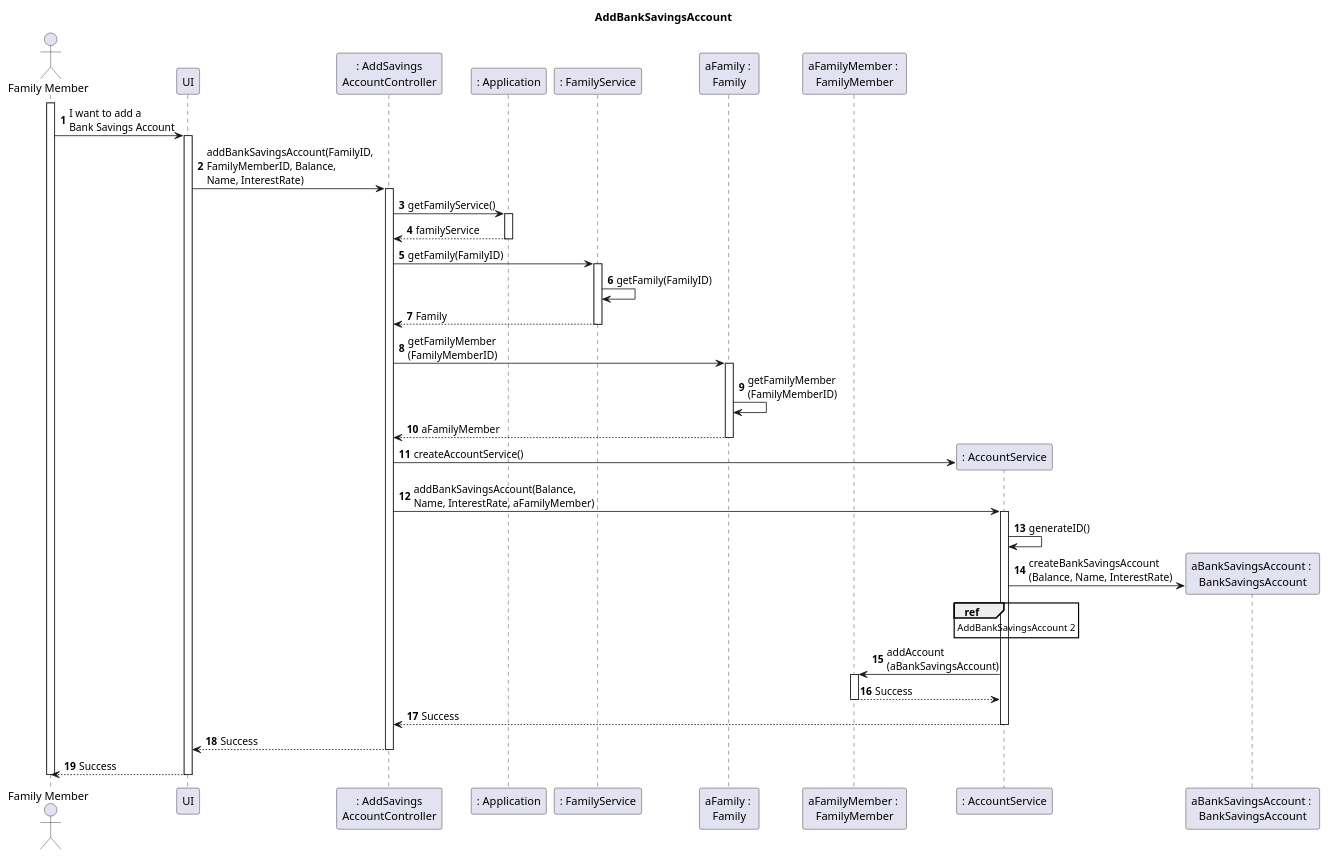
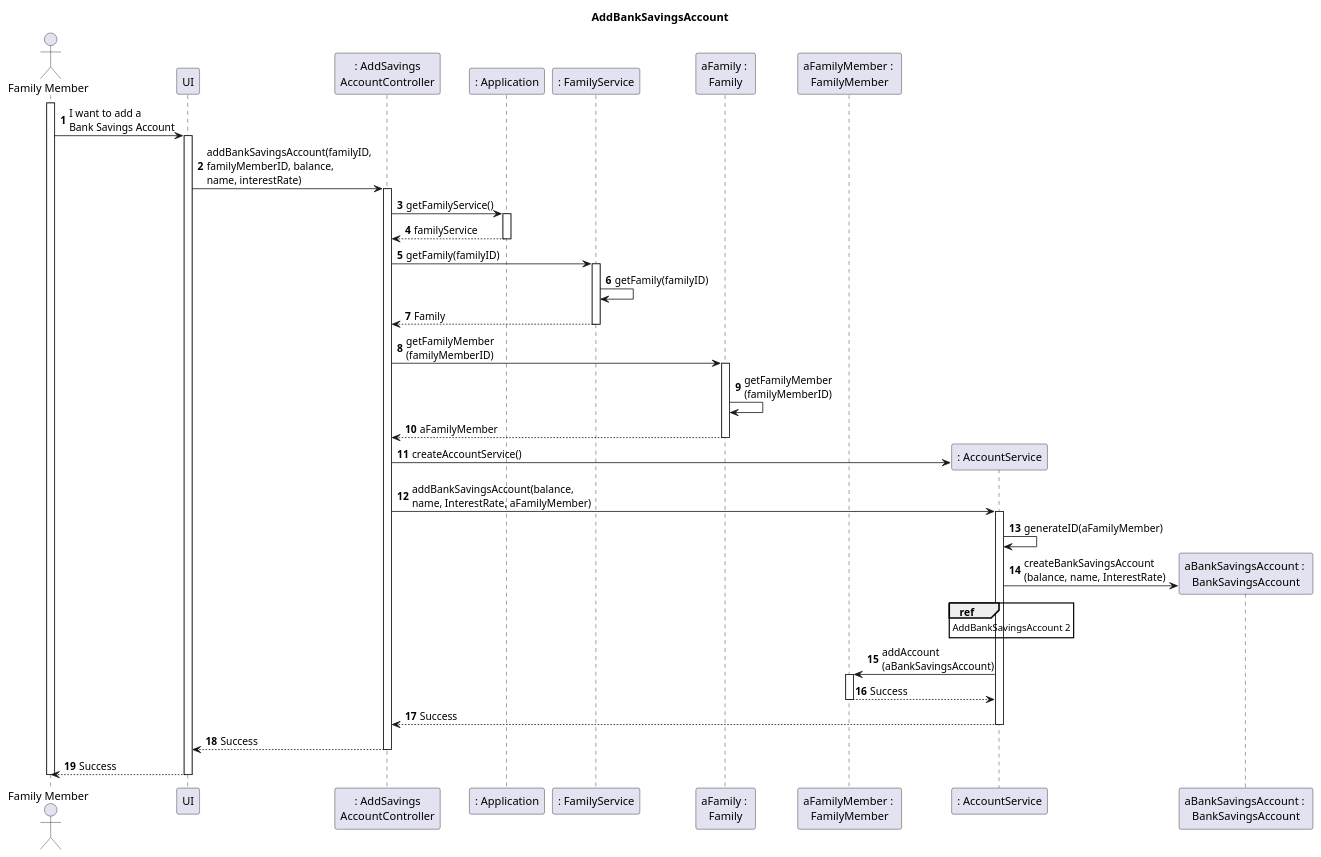
Before and after one commit to tomas-osswald/switch_2020_g3: the second of 4 diagrams in docs/sprint2/user_stories/US172_AddBankSavingsAccount.md, drawn with PlantUML. The commit also changed other lines of this file, not shown here.

Commit message:
Changes to Sequence Diagram

`````diff
--- a/docs/sprint2/user_stories/US172_AddBankSavingsAccount.md
+++ b/docs/sprint2/user_stories/US172_AddBankSavingsAccount.md
@@ -98,54 +98,54 @@
 ````puml
 autonumber
 
 
 title AddBankSavingsAccount
 actor "Family Member" as FamilyMember
 participant "UI" as UI
 participant ": AddSavings\nAccountController" as Controller
 participant ": Application" as App
 participant ": FamilyService" as FamilyService
 participant "aFamily : \nFamily" as Family
 participant "aFamilyMember : \nFamilyMember" as aFamilyMember
 participant ": AccountService" as AccountService
 participant "aBankSavingsAccount : \nBankSavingsAccount" as BankAccount
 
 activate FamilyMember
 FamilyMember -> UI: I want to add a \nBank Savings Account
 activate UI
-UI -> Controller : addBankSavingsAccount(FamilyID, \nFamilyMemberID, Balance, \nName, InterestRate)
+UI -> Controller : addBankSavingsAccount(familyID, \nfamilyMemberID, balance, \nname, interestRate)
 activate Controller
 Controller -> App : getFamilyService()
 activate App
 App --> Controller : familyService
 deactivate App
-Controller -> FamilyService : getFamily(FamilyID)
+Controller -> FamilyService : getFamily(familyID)
 activate FamilyService
-FamilyService -> FamilyService : getFamily(FamilyID)
+FamilyService -> FamilyService : getFamily(familyID)
 FamilyService --> Controller : Family
 deactivate FamilyService
-Controller -> Family : getFamilyMember\n(FamilyMemberID)
+Controller -> Family : getFamilyMember\n(familyMemberID)
 Activate Family
-Family -> Family : getFamilyMember\n(FamilyMemberID)
+Family -> Family : getFamilyMember\n(familyMemberID)
 Family --> Controller : aFamilyMember
 Deactivate Family
 Controller -> AccountService ** : createAccountService()
-Controller -> AccountService : addBankSavingsAccount(Balance, \nName, InterestRate, aFamilyMember)
+Controller -> AccountService : addBankSavingsAccount(balance, \nname, InterestRate, aFamilyMember)
 activate AccountService
-AccountService -> AccountService : generateID()
-AccountService -> BankAccount ** : createBankSavingsAccount\n(Balance, Name, InterestRate)
+AccountService -> AccountService : generateID(aFamilyMember)
+AccountService -> BankAccount ** : createBankSavingsAccount\n(balance, name, InterestRate)
 ref over AccountService
 AddBankSavingsAccount 2
 end ref
 AccountService -> aFamilyMember : addAccount\n(aBankSavingsAccount) 
 activate aFamilyMember
 aFamilyMember --> AccountService : Success
 deactivate aFamilyMember
 AccountService --> Controller : Success
 deactivate AccountService
 Controller --> UI : Success
 deactivate Controller
 UI --> FamilyMember : Success
 deactivate UI
 deactivate FamilyMember
 ````
`````
